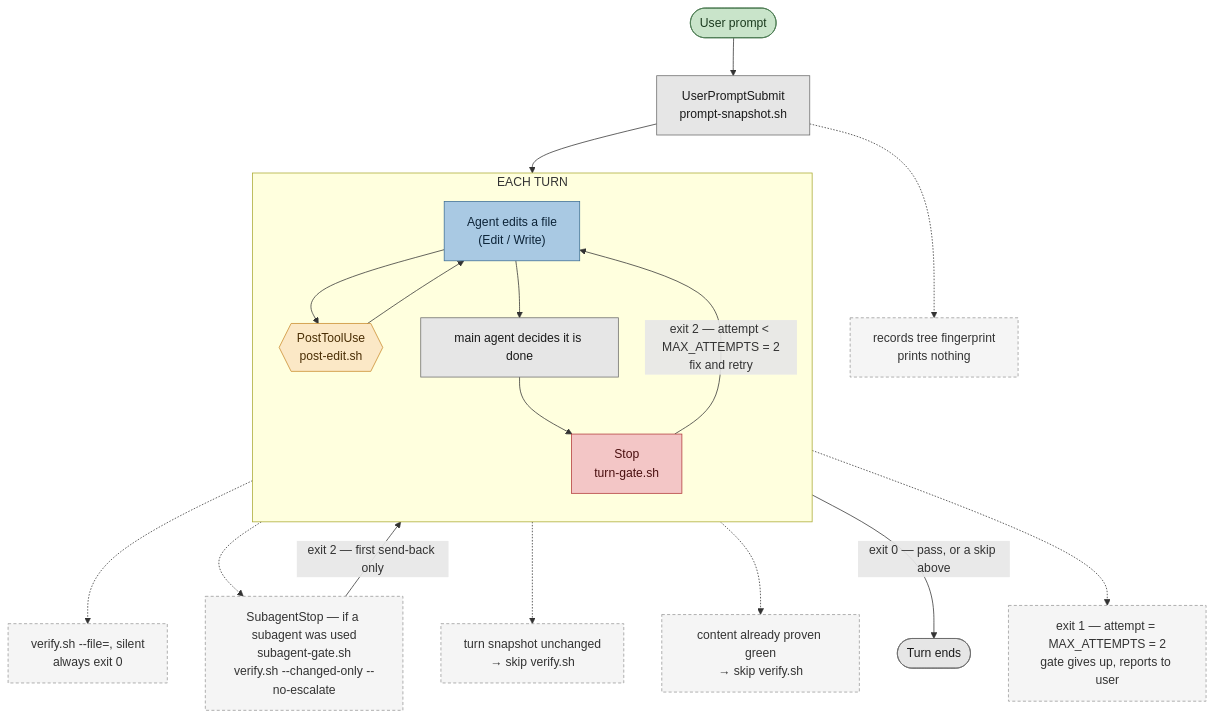
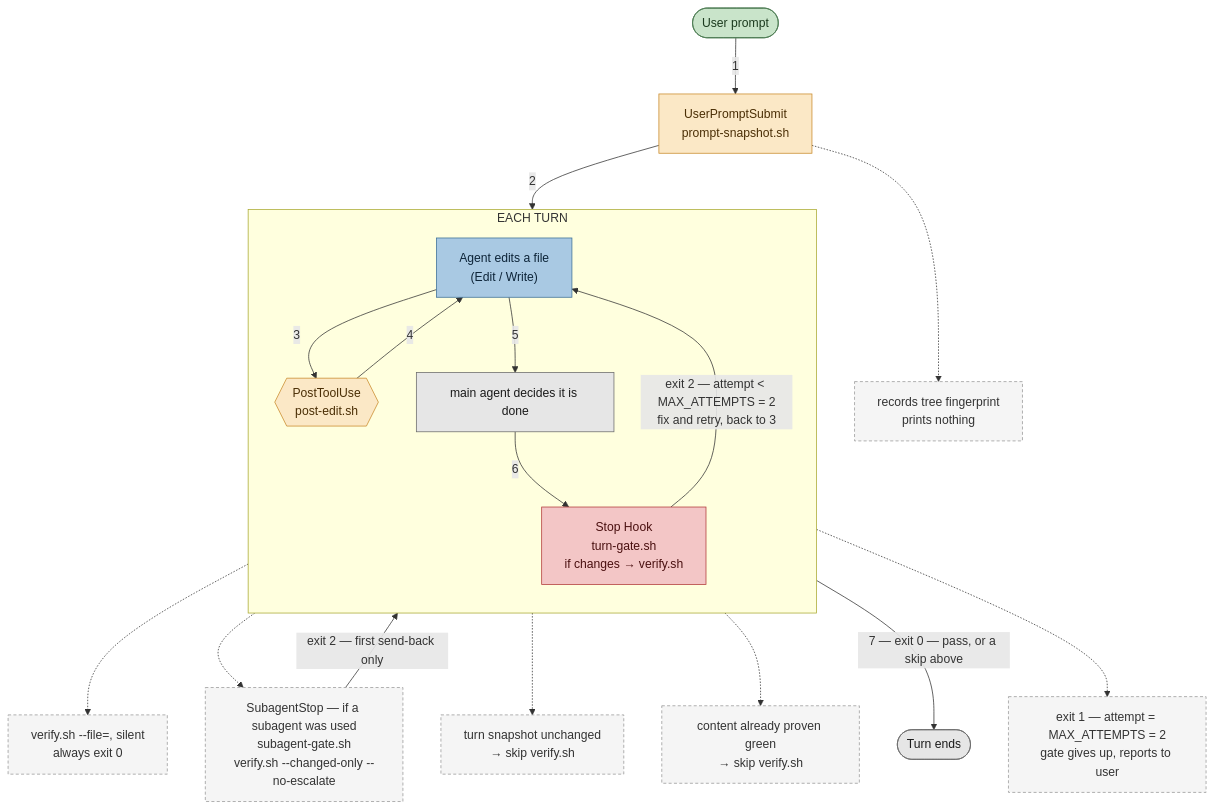
Before and after one commit to lotharschulz/InnerLoopGreenAndBrownfield: the second of 2 diagrams in README.md, drawn with Mermaid. The commit also changed other lines of this file, not shown here.

Commit message:
doc numbered edges describe the flow

````diff
--- a/README.md
+++ b/README.md
@@ -132,41 +134,41 @@
 ```mermaid
 flowchart TD
-    Start(["User prompt"]):::start --> Snap["UserPromptSubmit<br/>prompt-snapshot.sh"]:::turnEvent
+    Start(["User prompt"]):::start -->|"1"| Snap["UserPromptSubmit<br/>prompt-snapshot.sh"]:::hookEvent
     SnapNote["records tree fingerprint<br/>prints nothing"]:::optional
     Snap -.-> SnapNote
-    Snap --> Edit
+    Snap -->|"2"| Edit
 
     subgraph Turn["EACH TURN"]
         direction TB
         Edit["Agent edits a file<br/>(Edit / Write)"]:::exec
         PostHook{{"PostToolUse<br/>post-edit.sh"}}:::hookEvent
-        Edit --> PostHook --> Edit
-        Edit --> Decide["main agent decides it is done"]:::turnEvent
-        Decide --> TurnGate["Stop<br/>turn-gate.sh"]:::gate
+        Edit -->|"3"| PostHook -->|"4"| Edit
+        Edit -->|"5"| Decide["main agent decides it is done"]:::turnEvent
+        Decide -->|"6"| TurnGate["Stop Hook<br/>turn-gate.sh<br/>if changes → verify.sh"]:::gate
     end
 
     PostNote["verify.sh --file=, silent<br/>always exit 0"]:::optional
     PostHook -.-> PostNote
 
     SubStop["SubagentStop — if a subagent was used<br/>subagent-gate.sh<br/>verify.sh --changed-only --no-escalate"]:::optional
     Edit -.-> SubStop
     SubStop -->|"exit 2 — first send-back only"| Edit
 
     Skip1["turn snapshot unchanged<br/>→ skip verify.sh"]:::optional
     Skip2["content already proven green<br/>→ skip verify.sh"]:::optional
     TurnGate -.-> Skip1
     TurnGate -.-> Skip2
 
-    TurnGate -->|"exit 0 — pass, or a skip above"| Done(["Turn ends"]):::turnEvent
-    TurnGate -->|"exit 2 — attempt < MAX_ATTEMPTS = 2<br/>fix and retry"| Edit
+    TurnGate -->|"7 — exit 0 — pass, or a skip above"| Done(["Turn ends"]):::turnEvent
+    TurnGate -->|"exit 2 — attempt < MAX_ATTEMPTS = 2<br/>fix and retry, back to 3"| Edit
 
     GiveUp["exit 1 — attempt = MAX_ATTEMPTS = 2<br/>gate gives up, reports to user"]:::optional
     TurnGate -.-> GiveUp
 
     classDef start fill:#c9e4ca,stroke:#4b7a51,color:#1b3a1e;
     classDef turnEvent fill:#e6e6e6,stroke:#6b6b6b,color:#1a1a1a;
     classDef hookEvent fill:#fbe8c6,stroke:#c98a2b,color:#4a2e05;
     classDef exec fill:#a9c9e3,stroke:#3d6f96,color:#0d2438;
     classDef gate fill:#f3c6c6,stroke:#b23b3b,color:#4a1010;
     classDef optional stroke-dasharray:4 3,fill:#f5f5f5,stroke:#999,color:#333;
 ```
````
